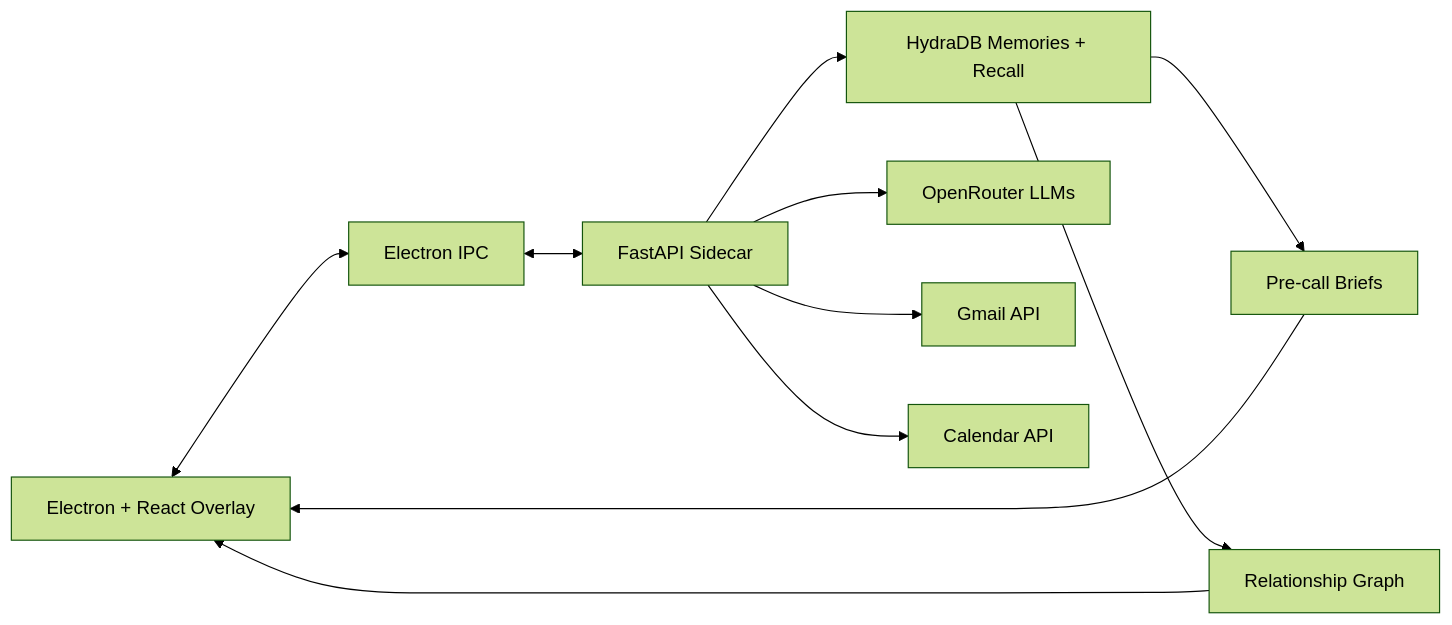
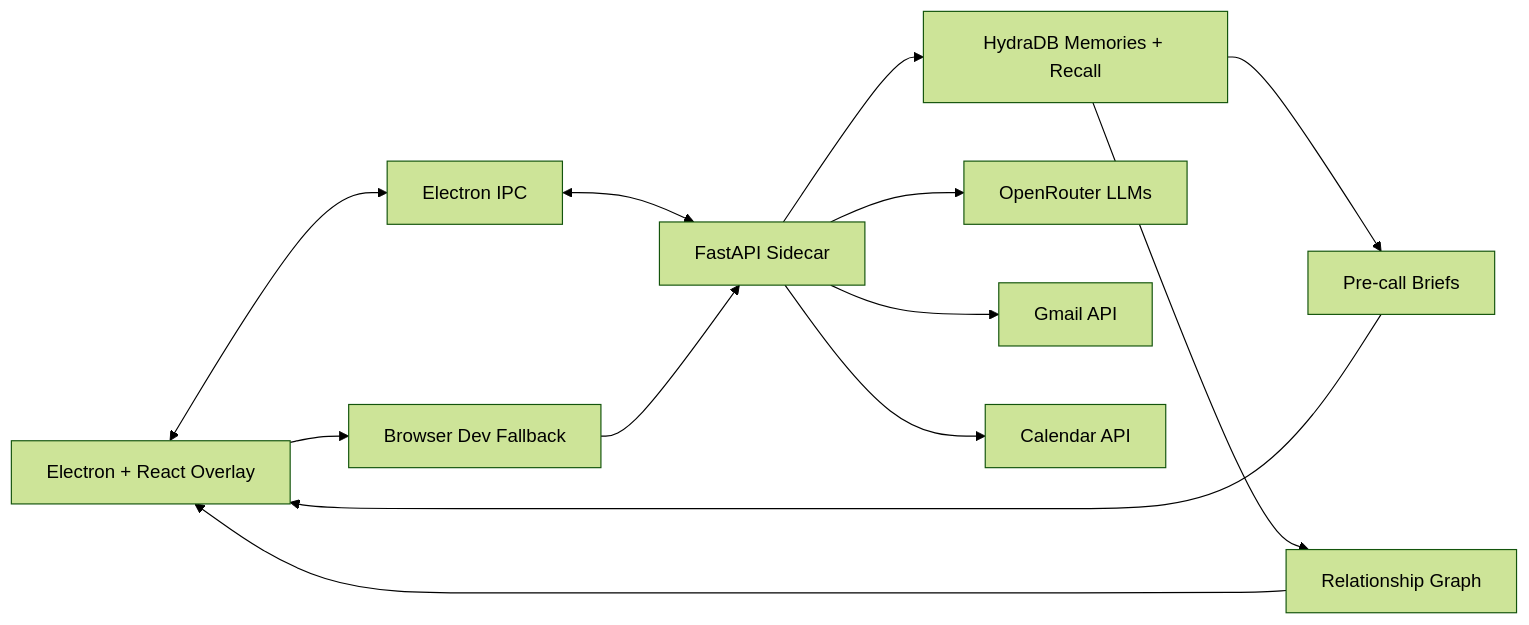
One commit to AryanSaxenaa/Rapport changed the diagram in README.md. Above: the diagram before and after it, drawn with Mermaid (forest theme). The commit also changed other lines of this file and 8 other files, not shown here.

````diff
--- a/README.md
+++ b/README.md
@@ -56,13 +41,15 @@
 ```mermaid
 flowchart LR
   UI["Electron + React Overlay"] <--> IPC["Electron IPC"]
+  UI --> DIRECT["Browser Dev Fallback"]
   IPC <--> API["FastAPI Sidecar"]
+  DIRECT --> API
   API --> HYDRA["HydraDB Memories + Recall"]
   API --> LLM["OpenRouter LLMs"]
   API --> GMAIL["Gmail API"]
   API --> CAL["Calendar API"]
   HYDRA --> BRIEF["Pre-call Briefs"]
   HYDRA --> GRAPH["Relationship Graph"]
   BRIEF --> UI
   GRAPH --> UI
 ```
````
